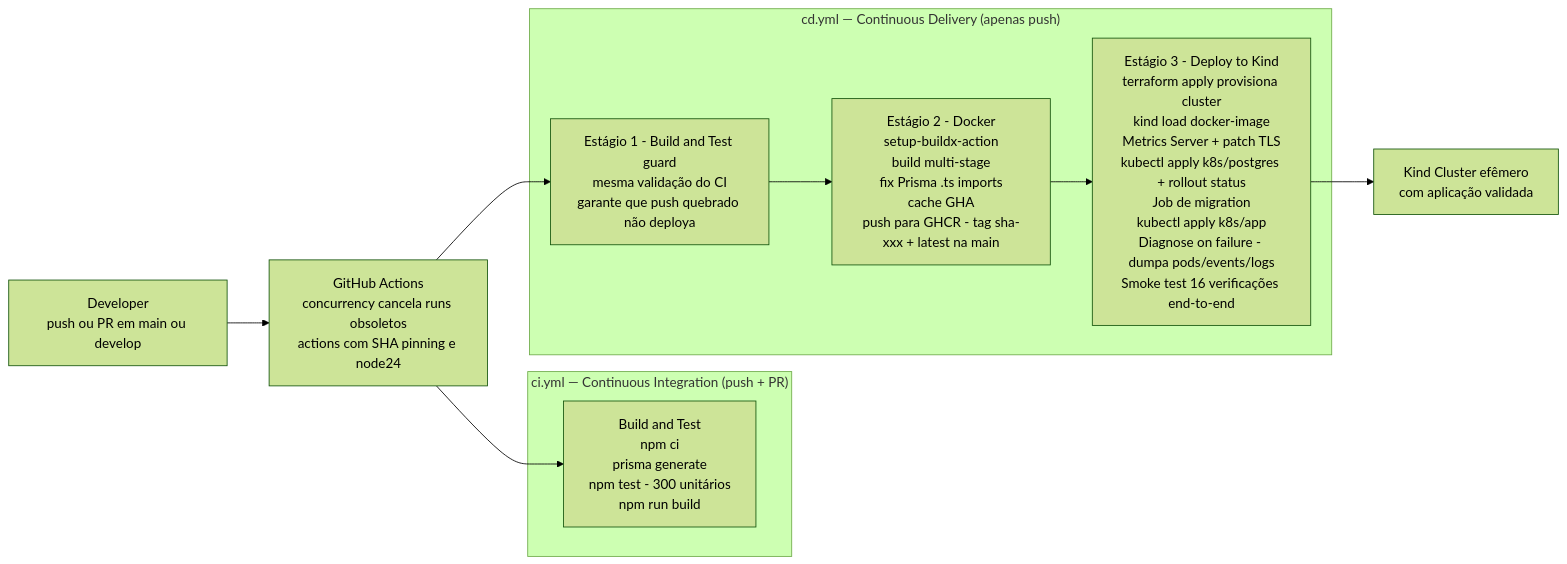
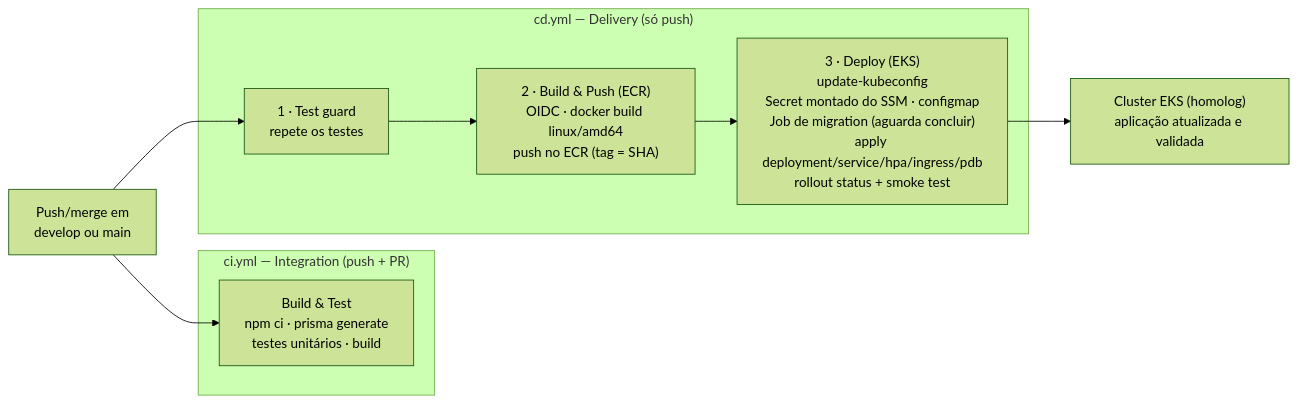
One commit to LucasValada/tech-challenge-fiap changed the fifth of 8 diagrams in README.md. Above: the diagram before and after it, drawn with Mermaid (forest theme). The commit also changed other lines of this file and 4 other files, not shown here.

````diff
--- a/README.md
+++ b/README.md
@@ -247,23 +295,19 @@
 ```mermaid
 graph LR
-    Dev[Developer<br/>push ou PR em main ou develop]
-    GH[GitHub Actions<br/>concurrency cancela runs obsoletos<br/>actions com SHA pinning e node24]
+    Dev["Push/merge em<br/>develop ou main"]
 
-    Dev --> GH
-
-    subgraph CI["ci.yml — Continuous Integration (push + PR)"]
-        CIJob[Build and Test<br/>npm ci<br/>prisma generate<br/>npm test - 300 unitários<br/>npm run build]
+    subgraph CI["ci.yml — Integration (push + PR)"]
+        CIJob["Build & Test<br/>npm ci · prisma generate<br/>testes unitários · build"]
     end
 
-    subgraph CD["cd.yml — Continuous Delivery (apenas push)"]
-        S1[Estágio 1 - Build and Test guard<br/>mesma validação do CI<br/>garante que push quebrado não deploya]
-        S2[Estágio 2 - Docker<br/>setup-buildx-action<br/>build multi-stage<br/>fix Prisma .ts imports<br/>cache GHA<br/>push para GHCR - tag sha-xxx + latest na main]
-        S3[Estágio 3 - Deploy to Kind<br/>terraform apply provisiona cluster<br/>kind load docker-image<br/>Metrics Server + patch TLS<br/>kubectl apply k8s/postgres + rollout status<br/>Job de migration<br/>kubectl apply k8s/app<br/>Diagnose on failure - dumpa pods/events/logs<br/>Smoke test 16 verificações end-to-end]
-
-        S1 --> S2 --> S3
+    subgraph CD["cd.yml — Delivery (só push)"]
+        Guard["1 · Test guard<br/>repete os testes"]
+        Build["2 · Build & Push (ECR)<br/>OIDC · docker build linux/amd64<br/>push no ECR (tag = SHA)"]
+        Deploy["3 · Deploy (EKS)<br/>update-kubeconfig<br/>Secret montado do SSM · configmap<br/>Job de migration (aguarda concluir)<br/>apply deployment/service/hpa/ingress/pdb<br/>rollout status + smoke test"]
+        Guard --> Build --> Deploy
     end
 
-    GH --> CIJob
-    GH --> S1
-    S3 --> Cluster[Kind Cluster efêmero<br/>com aplicação validada]
+    Dev --> CIJob
+    Dev --> Guard
+    Deploy --> EKSc["Cluster EKS (homolog)<br/>aplicação atualizada e validada"]
 ```
````
